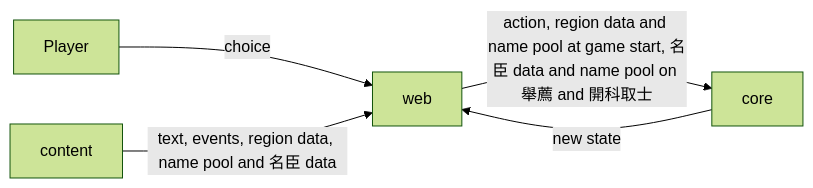
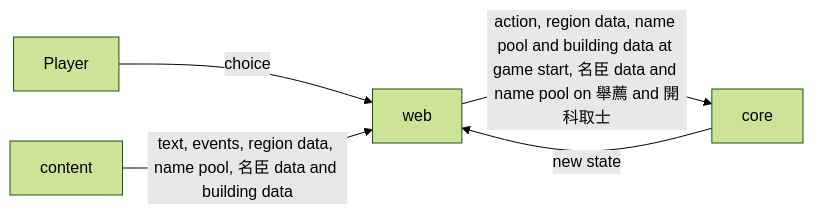
The second of 2 diagrams in docs/architecture.md (dcheng1248/agent-harness-test), drawn with Mermaid (forest theme) before and after one commit. The commit also changed 9 other files, not shown here.

````diff
--- a/docs/architecture.md
+++ b/docs/architecture.md
@@ -12,7 +12,7 @@
 ```mermaid
 flowchart LR
   Player -->|choice| web
-  web -->|action, region data and name pool at game start, 名臣 data and name pool on 舉薦 and 開科取士| core
-  content -->|text, events, region data, name pool and 名臣 data| web
+  web -->|action, region data, name pool and building data at game start, 名臣 data and name pool on 舉薦 and 開科取士| core
+  content -->|text, events, region data, name pool, 名臣 data and building data| web
   core -->|new state| web
 ```
````
